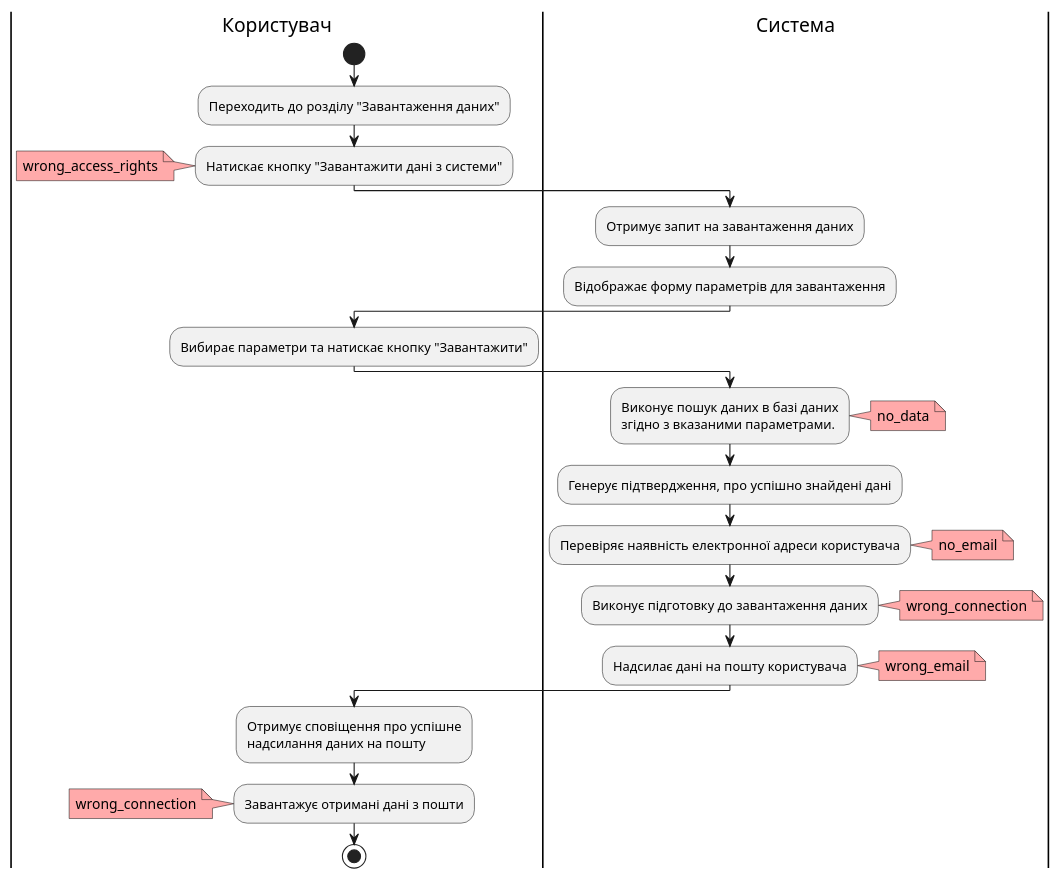
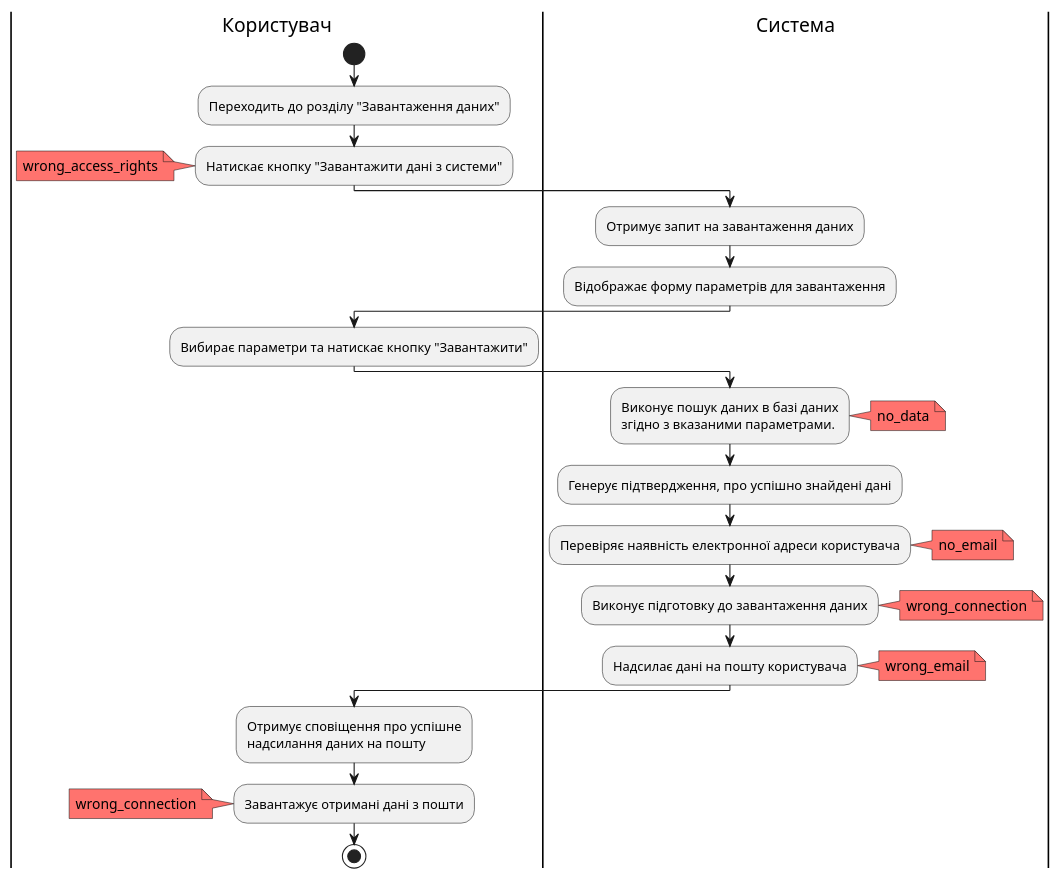
One commit to nonGratis/retarder-io-23-3 changed diagram 13 of 14 in docs/use cases/README.md. Above: the diagram before and after it, drawn with PlantUML. The commit also changed other lines of this file, not shown here.

Commit message:
fix the colour to a uniform standard

````diff
--- a/docs/use cases/README.md
+++ b/docs/use cases/README.md
@@ -414,41 +414,41 @@
 ```plantuml
 @startuml
 |Користувач| 
     start
     :Переходить до розділу "Завантаження даних";
     :Натискає кнопку "Завантажити дані з системи";
-        note left #ffaaaa
+        note left #FF736E
             wrong_access_rights
         end note
 |Система|
     :Отримує запит на завантаження даних;
     :Відображає форму параметрів для завантаження;
 |Користувач| 
     :Вибирає параметри та натискає кнопку "Завантажити";
 |Система| 
     :Виконує пошук даних в базі даних\nзгідно з вказаними параметрами.;
-        note right #ffaaaa
+        note right #FF736E
             no_data
         end note
     :Генерує підтвердження, про успішно знайдені дані;
     :Перевіряє наявність електронної адреси користувача;
-        note right #ffaaaa
+        note right #FF736E
             no_email
         end note
     :Виконує підготовку до завантаження даних;
-        note right #ffaaaa
+        note right #FF736E
             wrong_connection
         end note
     :Надсилає дані на пошту користувача;
-        note right #ffaaaa
+        note right #FF736E
             wrong_email
         end note
 |Користувач| 
     :Отримує сповіщення про успішне\nнадсилання даних на пошту;
     :Завантажує отримані дані з пошти;
-        note left #ffaaaa
+        note left #FF736E
             wrong_connection
         end note
     stop
 @enduml
 ```
````
